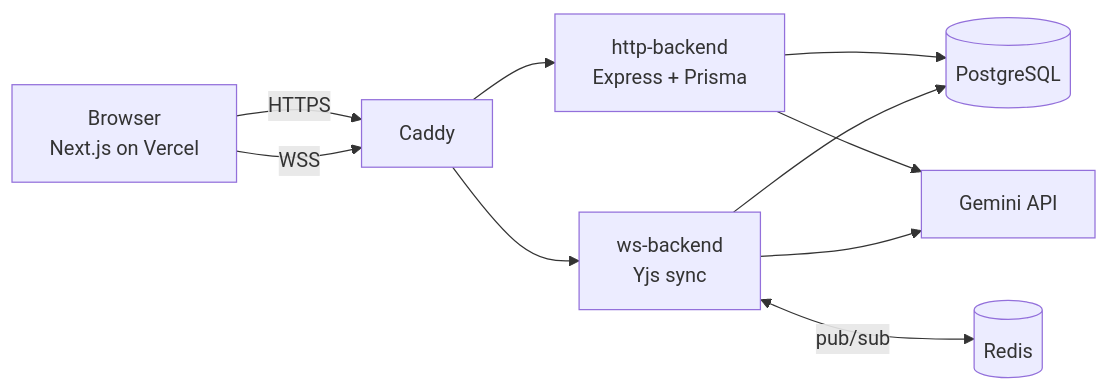
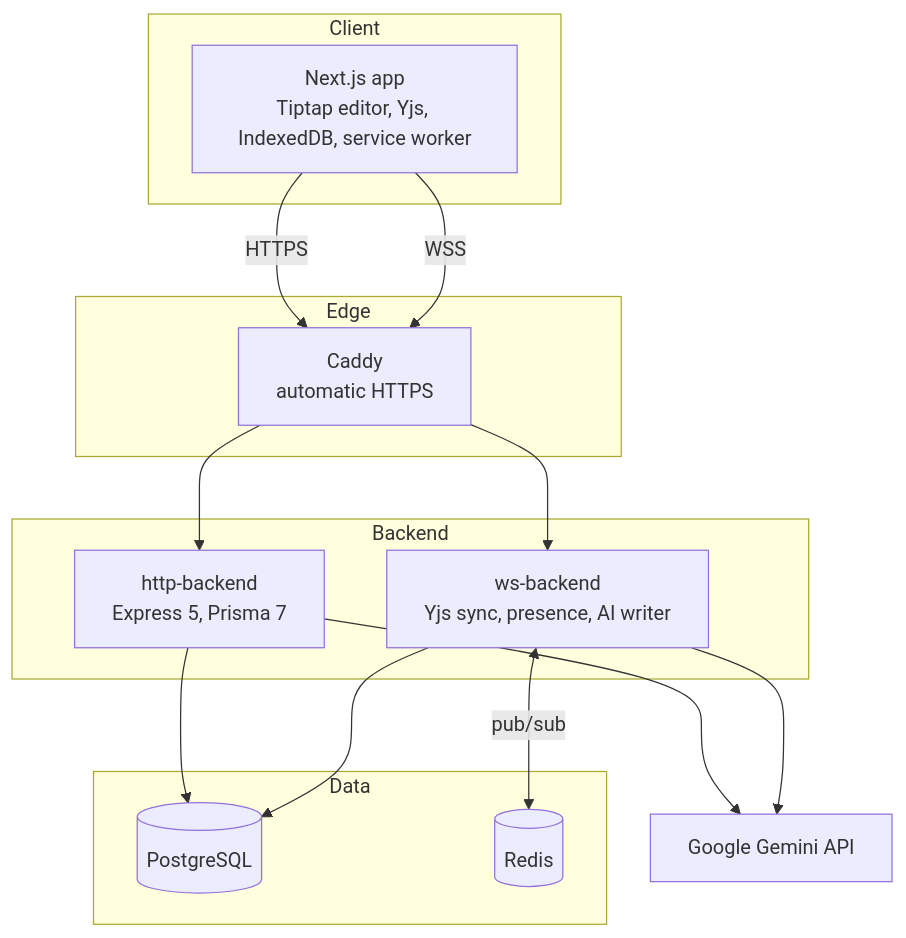
Before and after one commit to Krishna-Mehta-135/Knowdex: the third of 4 diagrams in README.md, drawn with Mermaid. The commit also changed other lines of this file, not shown here.

````diff
--- a/README.md
+++ b/README.md
@@ -21,12 +154,32 @@
 ```mermaid
-graph LR
-    Browser[Browser<br/>Next.js on Vercel] -->|HTTPS| Proxy[Caddy]
-    Browser -->|WSS| Proxy
-    Proxy --> HTTP[http-backend<br/>Express + Prisma]
-    Proxy --> WS[ws-backend<br/>Yjs sync]
-    HTTP --> PG[(PostgreSQL)]
+graph TB
+    subgraph Client
+        Web[Next.js app<br/>Tiptap editor, Yjs, IndexedDB, service worker]
+    end
+
+    subgraph Edge
+        Caddy[Caddy<br/>automatic HTTPS]
+    end
+
+    subgraph Backend
+        HTTP[http-backend<br/>Express 5, Prisma 7]
+        WS[ws-backend<br/>Yjs sync, presence, AI writer]
+    end
+
+    subgraph Data
+        PG[(PostgreSQL)]
+        Redis[(Redis)]
+    end
+
+    Gemini[Google Gemini API]
+
+    Web -->|HTTPS| Caddy
+    Web -->|WSS| Caddy
+    Caddy --> HTTP
+    Caddy --> WS
+    HTTP --> PG
     WS --> PG
-    WS <-->|pub/sub| Redis[(Redis)]
-    HTTP --> Gemini[Gemini API]
+    WS <-->|pub/sub| Redis
+    HTTP --> Gemini
     WS --> Gemini
 ```
````
